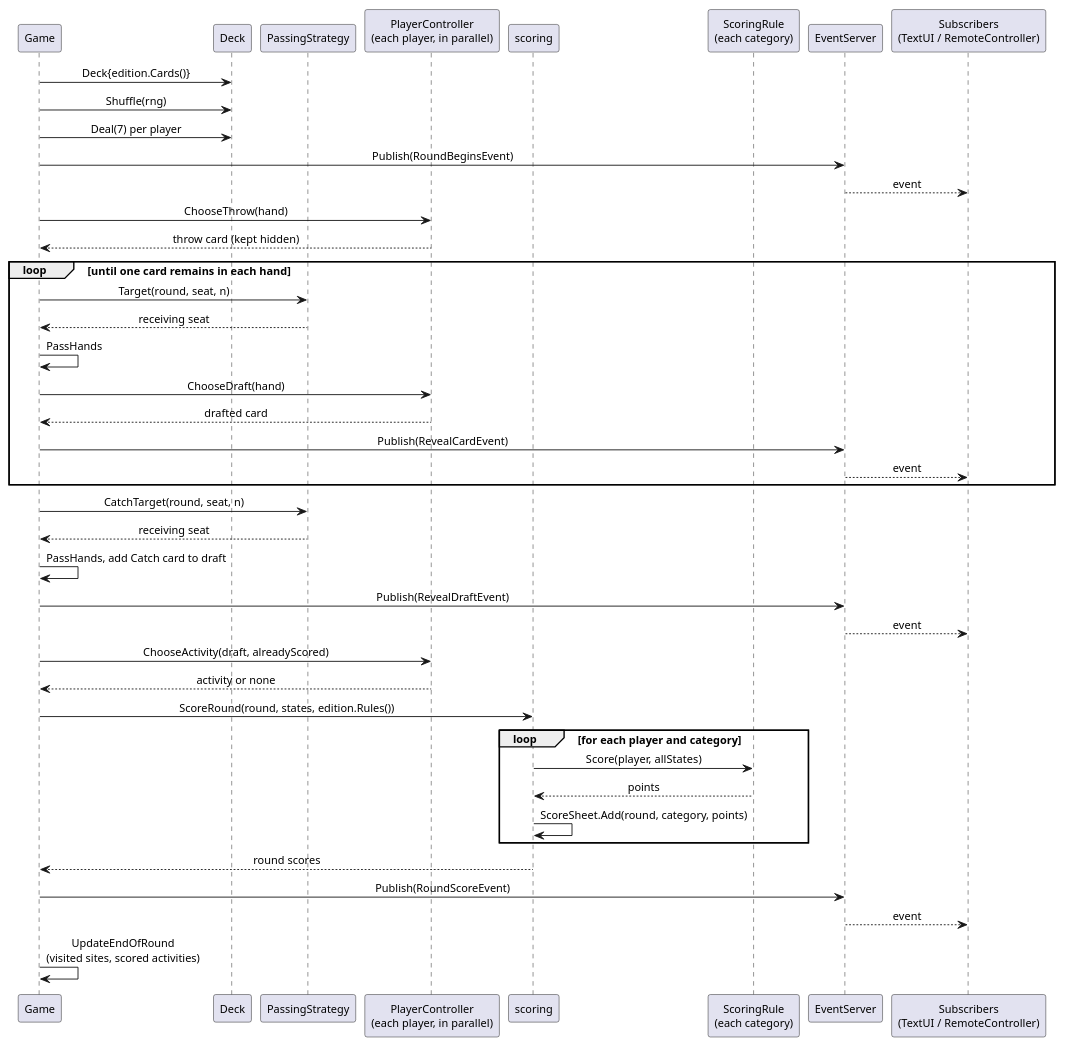
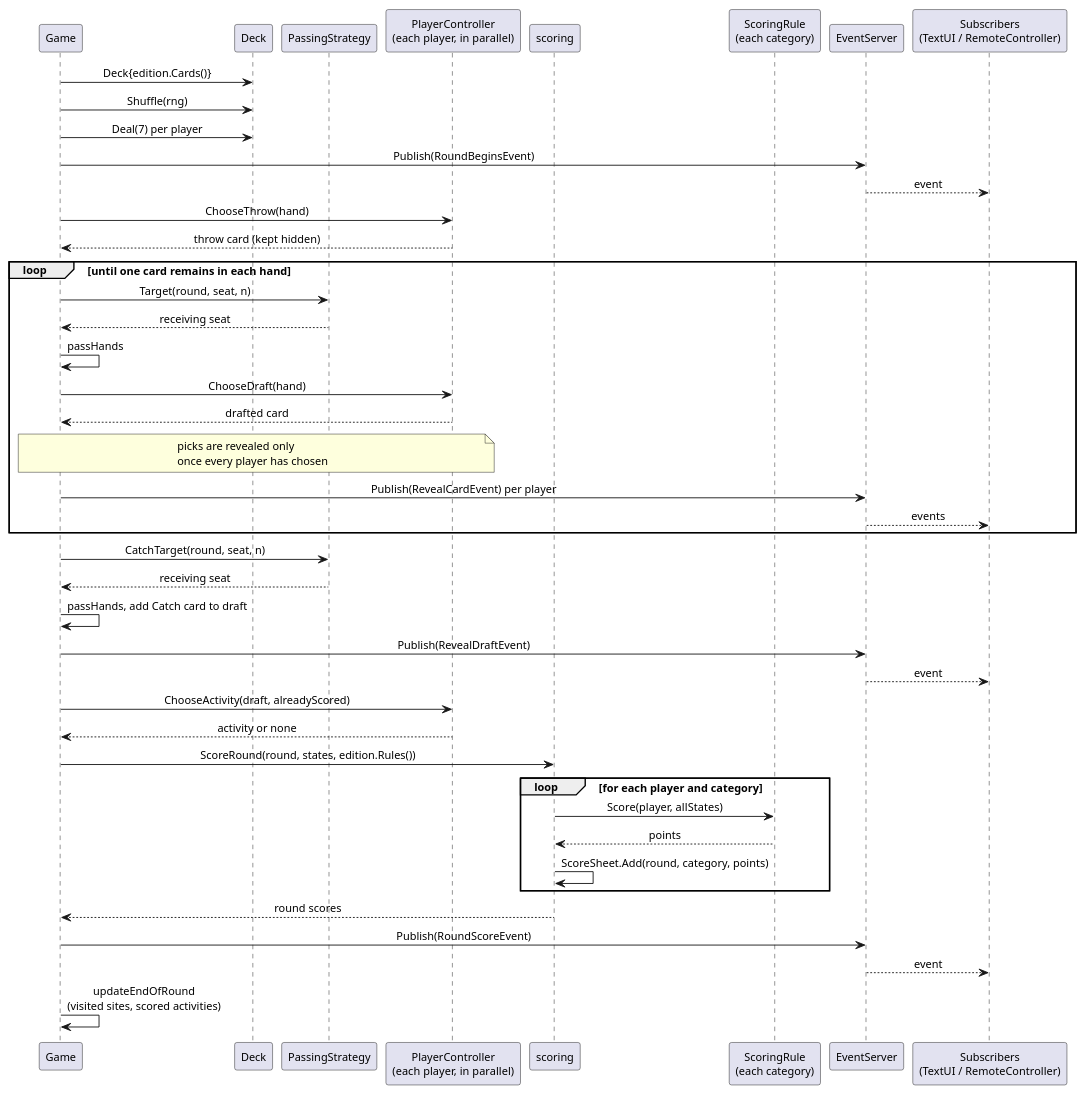
The diagram in docs/diagrams/round.puml (BlackestDawn/ltu-boomerang), drawn with PlantUML before and after one commit. The commit also changed 4 other files, not shown here.

```diff
--- a/docs/diagrams/round.puml
+++ b/docs/diagrams/round.puml
@@ -1,48 +1,49 @@
 @startuml round
 skinparam defaultFontName Arial
 skinparam defaultFontSize 12
 skinparam shadowing false
 skinparam sequenceMessageAlign center
 participant Game
 participant Deck
 participant "PassingStrategy" as PS
 participant "PlayerController\n(each player, in parallel)" as PC
 participant "scoring" as SC
 participant "ScoringRule\n(each category)" as SR
 participant "EventServer" as ES
 participant "Subscribers\n(TextUI / RemoteController)" as L
 
 Game -> Deck : Deck{edition.Cards()}
 Game -> Deck : Shuffle(rng)
 Game -> Deck : Deal(7) per player
 Game -> ES : Publish(RoundBeginsEvent)
 ES --> L : event
 Game -> PC : ChooseThrow(hand)
 PC --> Game : throw card (kept hidden)
 loop until one card remains in each hand
   Game -> PS : Target(round, seat, n)
   PS --> Game : receiving seat
-  Game -> Game : PassHands
+  Game -> Game : passHands
   Game -> PC : ChooseDraft(hand)
   PC --> Game : drafted card
-  Game -> ES : Publish(RevealCardEvent)
-  ES --> L : event
+  note over Game, PC : picks are revealed only\nonce every player has chosen
+  Game -> ES : Publish(RevealCardEvent) per player
+  ES --> L : events
 end
 Game -> PS : CatchTarget(round, seat, n)
 PS --> Game : receiving seat
-Game -> Game : PassHands, add Catch card to draft
+Game -> Game : passHands, add Catch card to draft
 Game -> ES : Publish(RevealDraftEvent)
 ES --> L : event
 Game -> PC : ChooseActivity(draft, alreadyScored)
 PC --> Game : activity or none
 Game -> SC : ScoreRound(round, states, edition.Rules())
 loop for each player and category
   SC -> SR : Score(player, allStates)
   SR --> SC : points
   SC -> SC : ScoreSheet.Add(round, category, points)
 end
 SC --> Game : round scores
 Game -> ES : Publish(RoundScoreEvent)
 ES --> L : event
-Game -> Game : UpdateEndOfRound\n(visited sites, scored activities)
+Game -> Game : updateEndOfRound\n(visited sites, scored activities)
 @enduml
```
